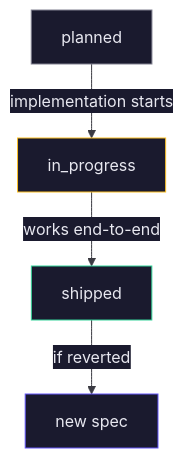
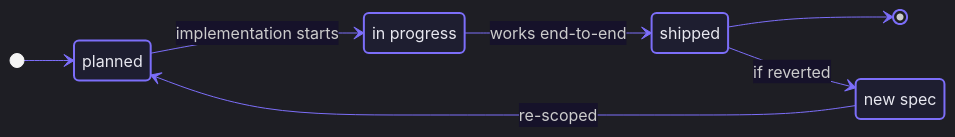
Before and after one commit to areddin409/ghost_ai: the diagram in context/progress-tracker.md, drawn with Mermaid. The commit also changed 12 other files, not shown here.

````diff
--- a/context/progress-tracker.md
+++ b/context/progress-tracker.md
@@ -25,28 +25,20 @@
 ```mermaid
-%%{init: {'theme': 'base', 'themeVariables': {
-  'background': '#0d0d12',
-  'mainBkg': '#1a1a2e',
-  'primaryColor': '#1a1a2e',
-  'primaryBorderColor': '#6457f9',
-  'primaryTextColor': '#e8e8f0',
-  'lineColor': '#3a3a42',
-  'secondaryColor': '#1a1a2e',
-  'tertiaryColor': '#0d0d12',
-  'edgeLabelBackground': '#1a1a2e',
-  'clusterBkg': '#0d0d12'
-}}}%%
-flowchart TD
-    planned["planned"]
-    in_progress["in_progress"]
-    shipped["shipped"]
-    new_spec["new spec"]
+%%{init: {'theme': 'dark', 'themeVariables': {'transitionColor': '#7c6ef9', 'lineColor': '#7c6ef9', 'edgeLabelBackground': '#16122a'}}}%%
+stateDiagram-v2
+    direction LR
 
-    planned -->|implementation starts| in_progress
-    in_progress -->|works end-to-end| shipped
-    shipped -->|if reverted| new_spec
+    state "planned" as planned
+    state "in progress" as in_progress
+    state "shipped" as shipped
+    state "new spec" as new_spec
 
-    style planned fill:#1a1a2e,stroke:#808090,color:#e8e8f0
-    style in_progress fill:#1a1a2e,stroke:#fbbf24,color:#e8e8f0
-    style shipped fill:#1a1a2e,stroke:#34d399,color:#e8e8f0
-    style new_spec fill:#1a1a2e,stroke:#6457f9,color:#e8e8f0
+    [*] --> planned
+    planned --> in_progress : implementation starts
+    in_progress --> shipped : works end-to-end
+    shipped --> [*]
+    shipped --> new_spec : if reverted
+    new_spec --> planned : re-scoped
+
+    classDef state fill:#1e1e30,stroke:#7c6ef9,color:#e8e8f0,stroke-width:2px
+    class planned,in_progress,shipped,new_spec state
 ```
````
